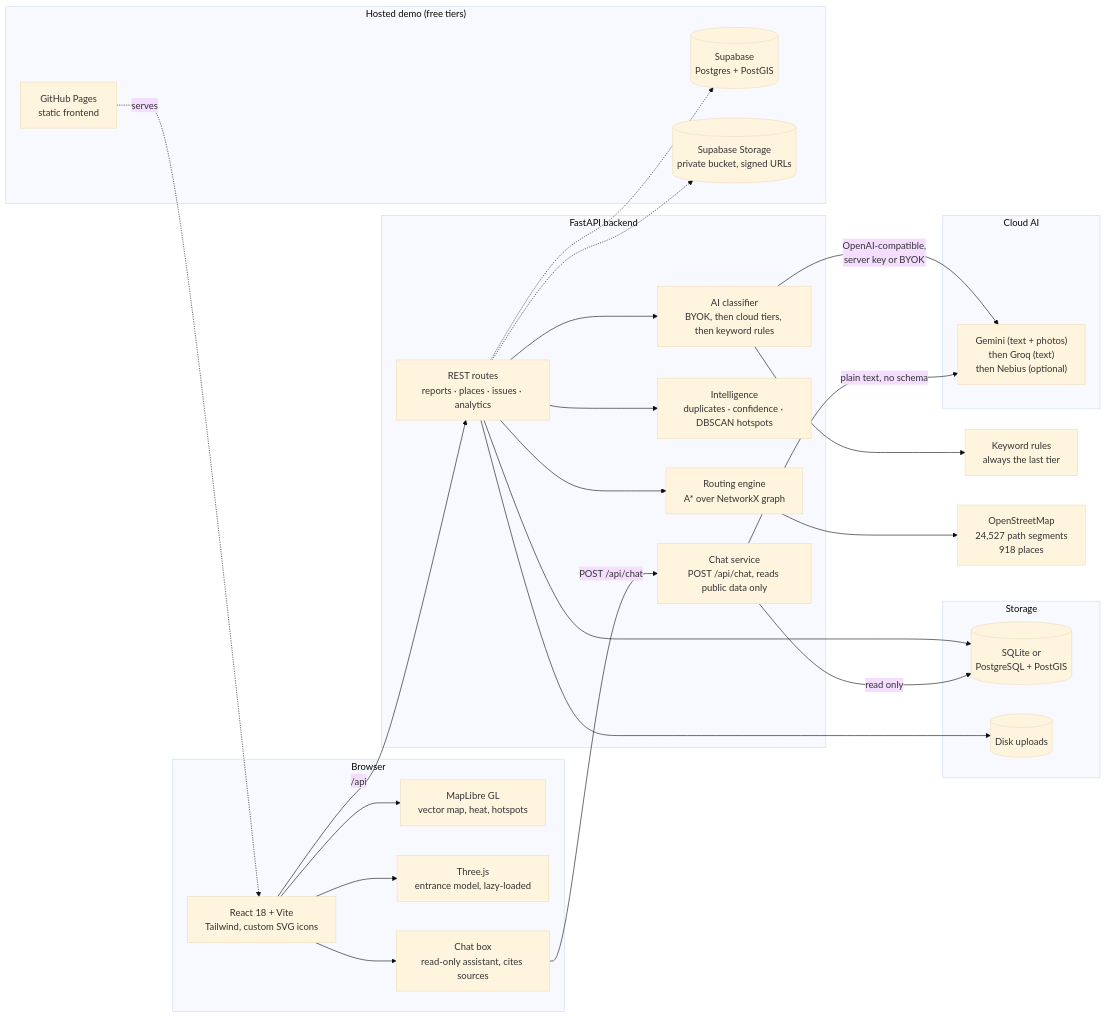
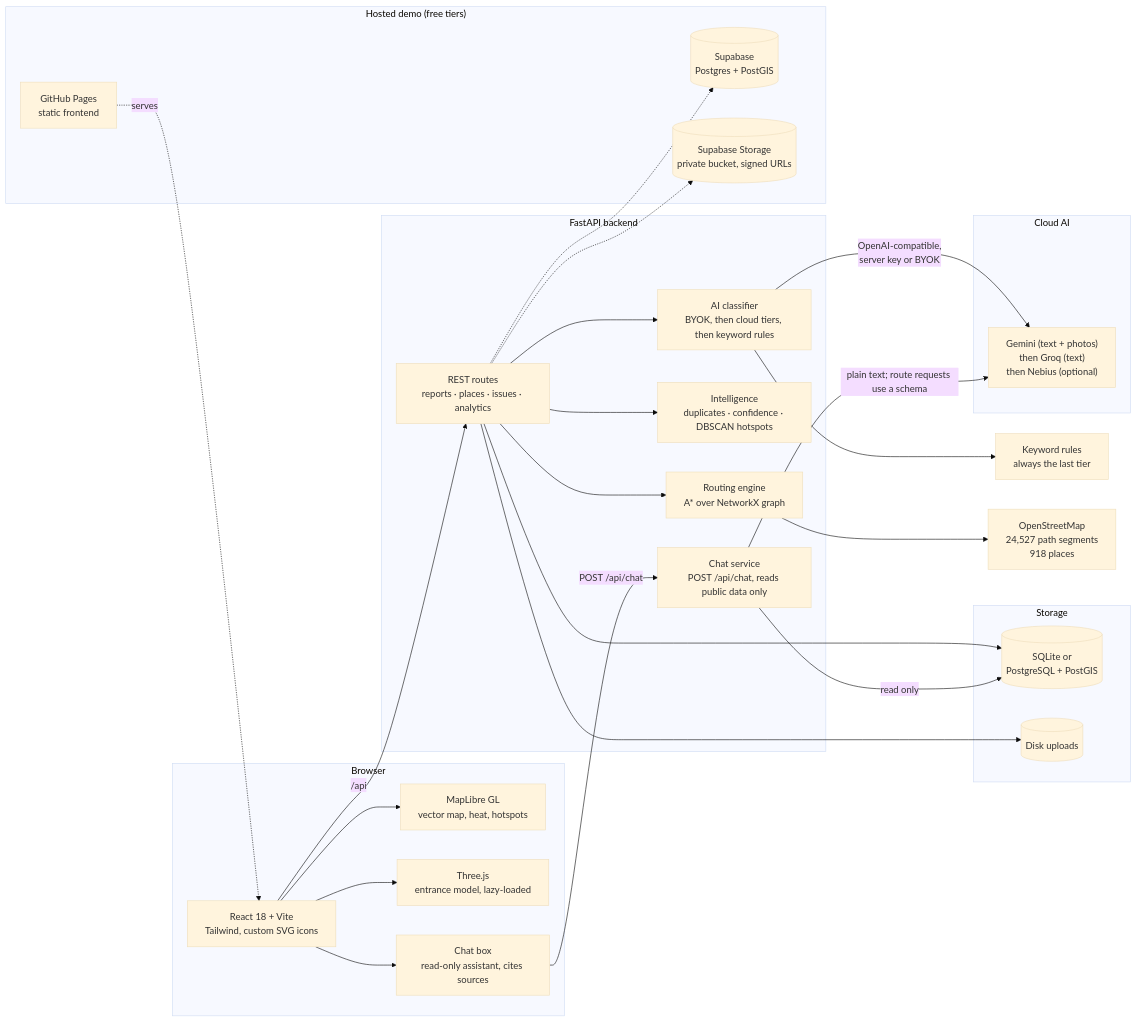
Before and after one commit to Sonesh-2202/Access-Signal: the diagram in README.md, drawn with Mermaid (base theme). The commit also changed other lines of this file and 71 other files, not shown here.

````diff
--- a/README.md
+++ b/README.md
@@ -103,54 +110,54 @@
 ```mermaid
 flowchart LR
     subgraph Browser["Browser"]
         UI["React 18 + Vite<br/>Tailwind, custom SVG icons"]
         Map["MapLibre GL<br/>vector map, heat, hotspots"]
         Three["Three.js<br/>entrance model, lazy-loaded"]
         Chat["Chat box<br/>read-only assistant, cites sources"]
     end
 
     subgraph API["FastAPI backend"]
         Routes["REST routes<br/>reports · places · issues · analytics"]
         Route["Routing engine<br/>A* over NetworkX graph"]
         Intel["Intelligence<br/>duplicates · confidence · DBSCAN hotspots"]
         AI["AI classifier<br/>BYOK, then cloud tiers, then keyword rules"]
         ChatAPI["Chat service<br/>POST /api/chat, reads public data only"]
     end
 
     subgraph Storage["Storage"]
         DB[("SQLite or<br/>PostgreSQL + PostGIS")]
         Disk[("Disk uploads")]
     end
 
     subgraph Hosted["Hosted demo (free tiers)"]
         Pages["GitHub Pages<br/>static frontend"]
         Supa[("Supabase<br/>Postgres + PostGIS")]
         Bucket[("Supabase Storage<br/>private bucket, signed URLs")]
     end
 
     subgraph Cloud["Cloud AI"]
         CloudAI["Gemini (text + photos)<br/>then Groq (text)<br/>then Nebius (optional)"]
     end
 
     KW["Keyword rules<br/>always the last tier"]
     OSM["OpenStreetMap<br/>24,527 path segments<br/>918 places"]
 
     UI --> Map
     UI --> Three
     UI --> Chat
     UI -- "/api" --> Routes
     Chat -- "POST /api/chat" --> ChatAPI
     Pages -. "serves" .-> UI
     Routes --> Route
     Routes --> Intel
     Routes --> AI
     AI -- "OpenAI-compatible,<br/>server key or BYOK" --> CloudAI
-    ChatAPI -- "plain text, no schema" --> CloudAI
+    ChatAPI -- "plain text; route requests use a schema" --> CloudAI
     AI --> KW
     Routes --> DB
     ChatAPI -- "read only" --> DB
     Routes --> Disk
     Routes -.-> Supa
     Routes -.-> Bucket
     Route --> OSM
 ```
````
